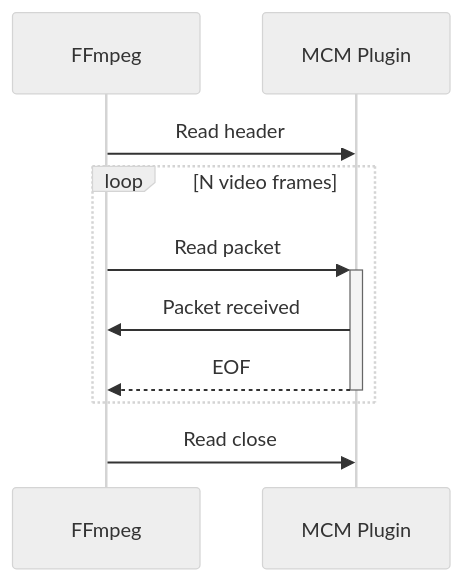
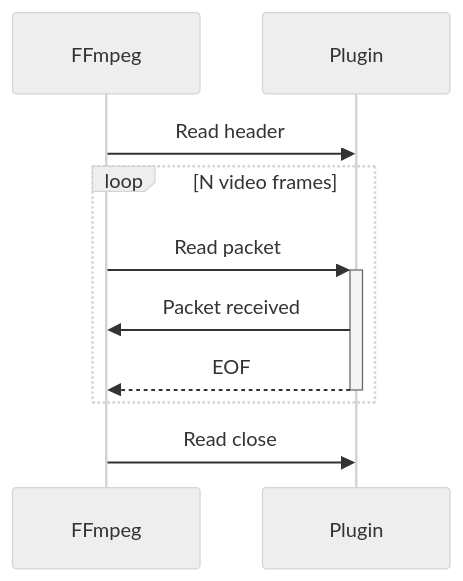
Before and after one commit to OpenVisualCloud/Media-Communications-Mesh: the first of 4 diagrams in ffmpeg-plugin/RX_FLOW.md, drawn with Mermaid (neutral theme). The commit also changed other lines of this file and 10 other files, not shown here.

````diff
--- a/ffmpeg-plugin/RX_FLOW.md
+++ b/ffmpeg-plugin/RX_FLOW.md
@@ -7,13 +7,13 @@
 ```mermaid
 sequenceDiagram
    participant ffmpeg as FFmpeg
-   participant mux as MCM Plugin
+   participant mux as Plugin
 
    ffmpeg ->> mux: Read header
    loop N video frames
    ffmpeg ->>+ mux: Read packet
    mux ->> ffmpeg: Packet received
    mux -->>- ffmpeg: EOF
    end
    ffmpeg ->> mux: Read close
 ```
````
